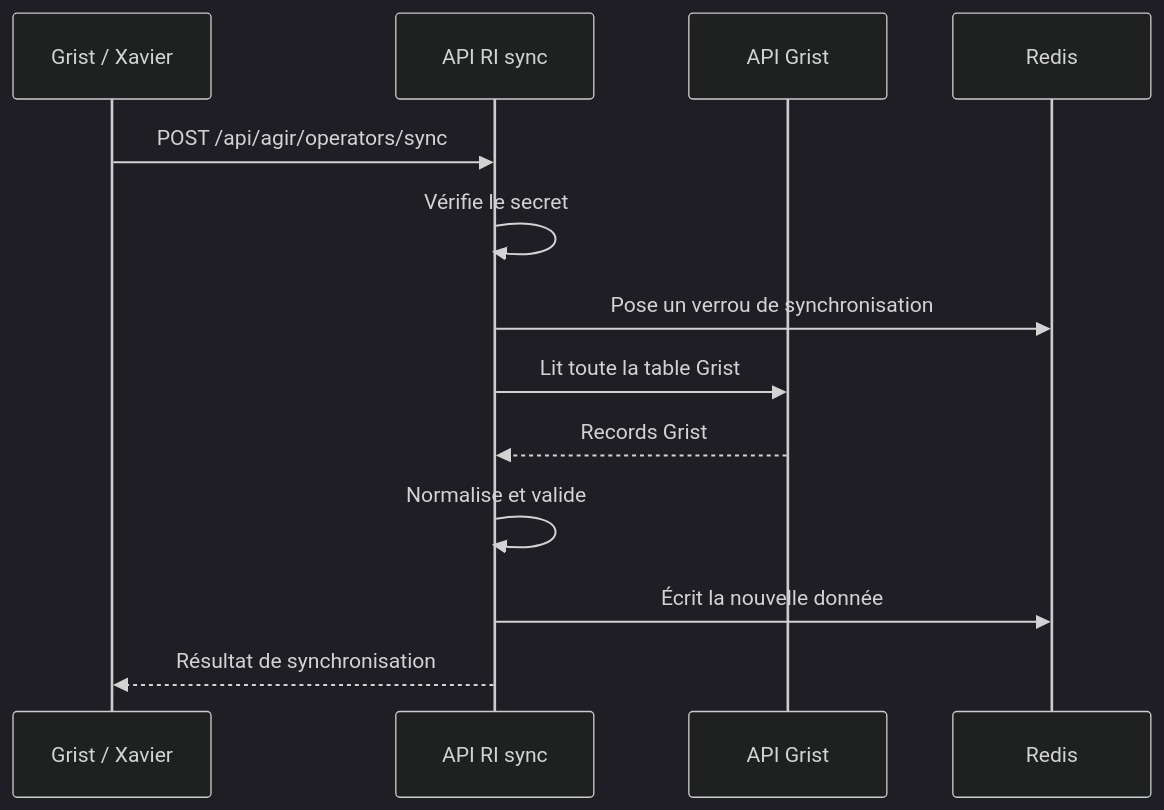
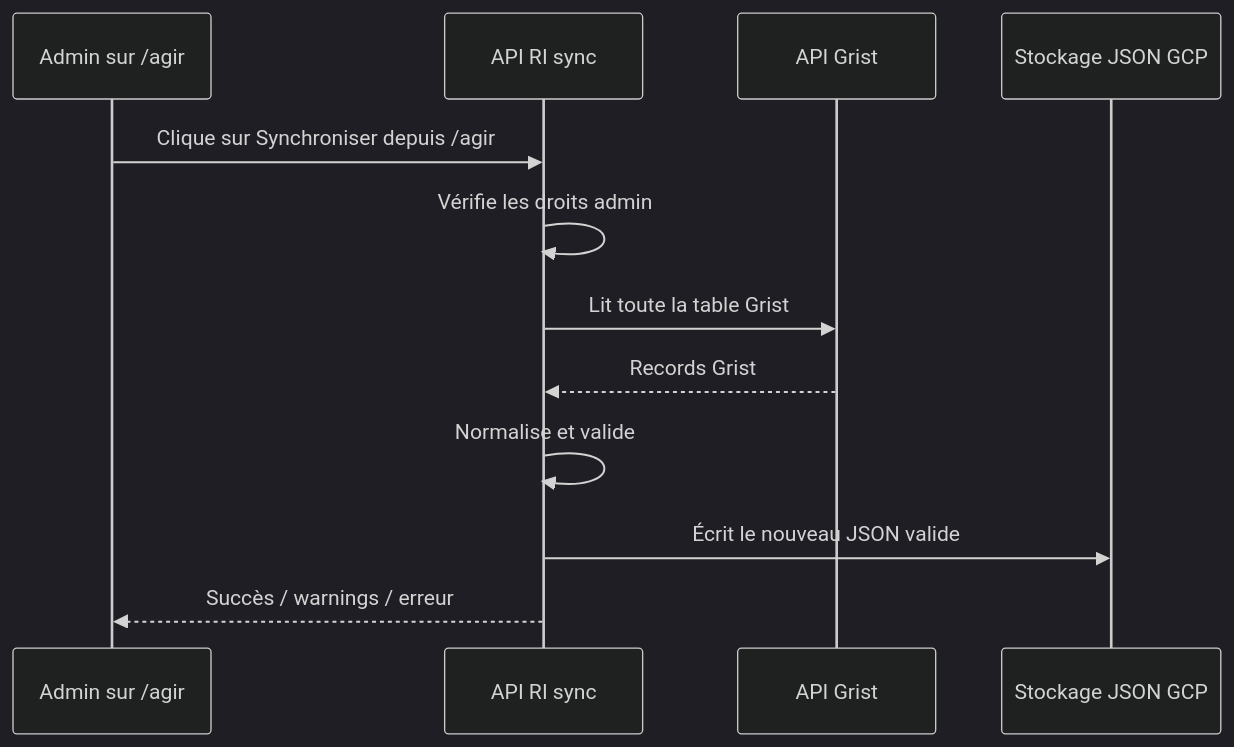
One commit to refugies-info/karfur changed the second of 3 diagrams in documentation/client/agir-grist-sync/technical-plan.md. Above: the diagram before and after it, drawn with Mermaid (dark theme). The commit also changed other lines of this file and 1 other file, not shown here.

Commit message:
chore(documentation): mise à jour de la documentation sur la synchronisation des opérateurs AGIR depuis Grist

````diff
--- a/documentation/client/agir-grist-sync/technical-plan.md
+++ b/documentation/client/agir-grist-sync/technical-plan.md
@@ -107,16 +79,15 @@
 ```mermaid
 sequenceDiagram
-  participant X as Grist / Xavier
-  participant RI as API RI sync
-  participant G as API Grist
-  participant R as Redis
+  participant Admin as Admin sur /agir
+  participant API as API RI sync
+  participant Grist as API Grist
+  participant GCP as Stockage JSON GCP
 
-  X->>RI: POST /api/agir/operators/sync
-  RI->>RI: Vérifie le secret
-  RI->>R: Pose un verrou de synchronisation
-  RI->>G: Lit toute la table Grist
-  G-->>RI: Records Grist
-  RI->>RI: Normalise et valide
-  RI->>R: Écrit la nouvelle donnée
-  RI-->>X: Résultat de synchronisation
+  Admin->>API: Clique sur Synchroniser depuis /agir
+  API->>API: Vérifie les droits admin
+  API->>Grist: Lit toute la table Grist
+  Grist-->>API: Records Grist
+  API->>API: Normalise et valide
+  API->>GCP: Écrit le nouveau JSON valide
+  API-->>Admin: Succès / warnings / erreur
 ```
````
